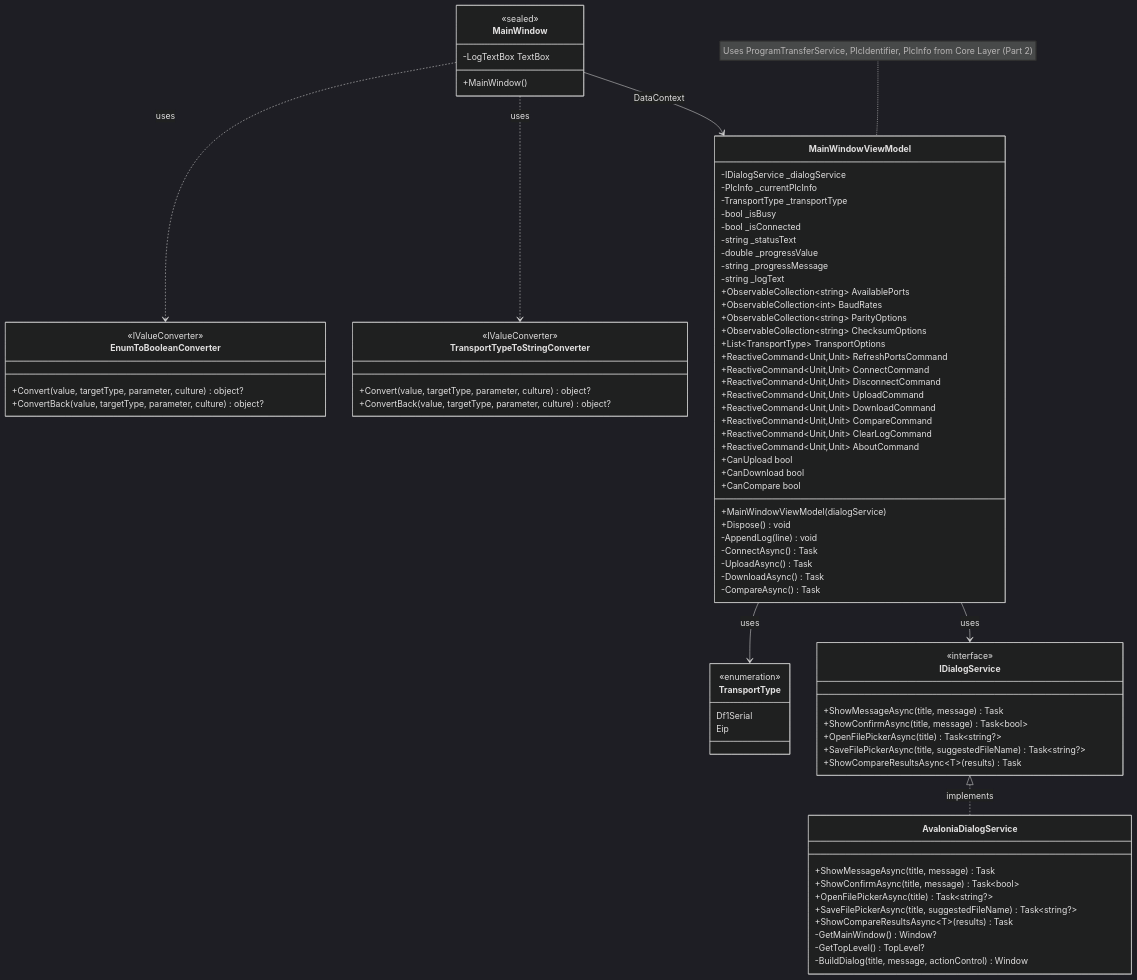
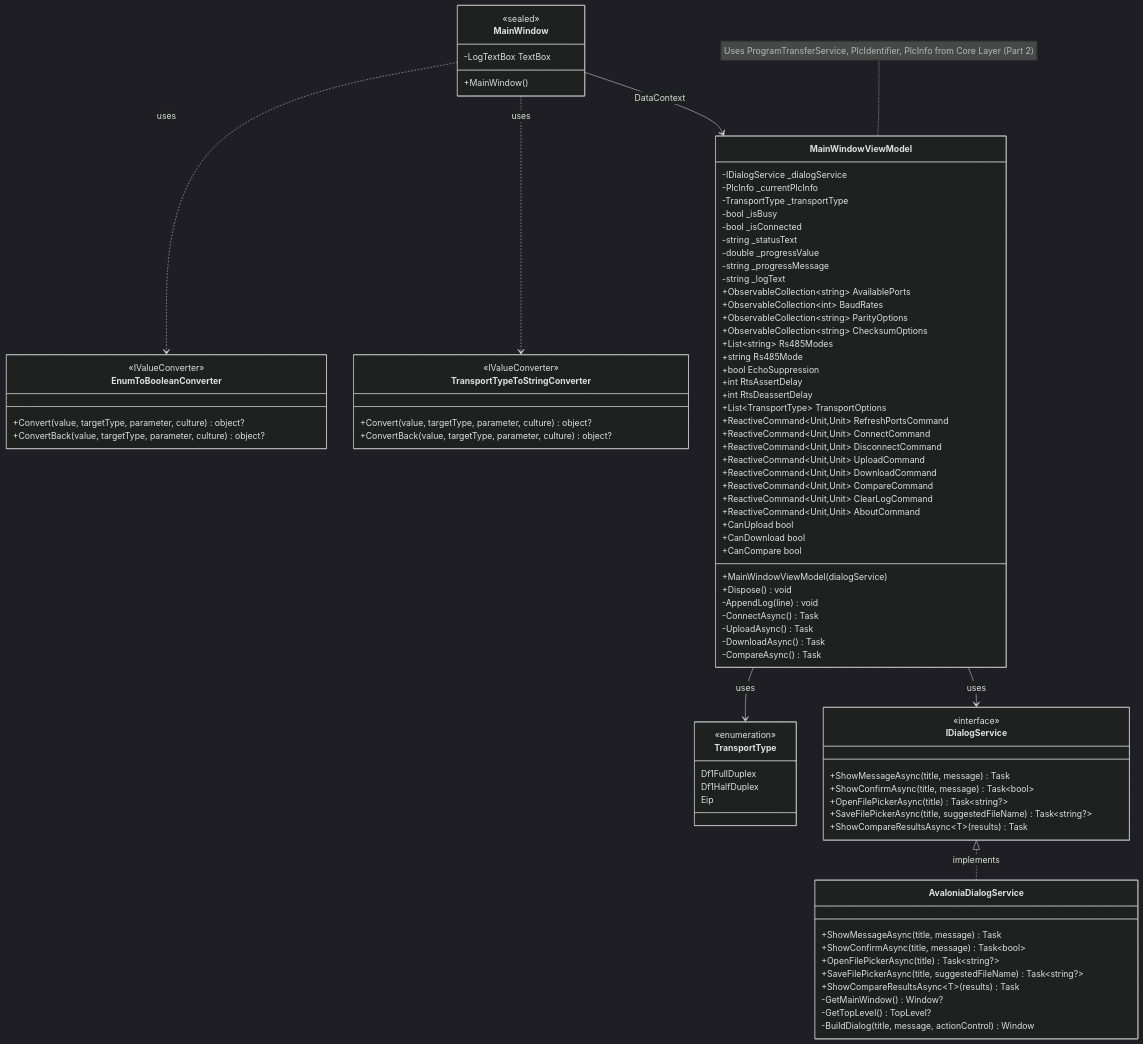
Before and after one commit to kumajaya/PCCCComm: the first of 2 diagrams in src/PCCCImageTool/README.md, drawn with Mermaid (dark theme). The commit also changed other lines of this file and 6 other files, not shown here.

First line of the commit message:
PCCCImageTool: Add DF1 half‑duplex master support

```diff
--- a/src/PCCCImageTool/README.md
+++ b/src/PCCCImageTool/README.md
@@ -152,7 +201,8 @@
 
     class TransportType {
         <<enumeration>>
-        Df1Serial
+        Df1FullDuplex
+        Df1HalfDuplex
         Eip
     }
 
@@ -204,6 +254,11 @@
         +ObservableCollection~int~ BaudRates
         +ObservableCollection~string~ ParityOptions
         +ObservableCollection~string~ ChecksumOptions
+        +List~string~ Rs485Modes
+        +string Rs485Mode
+        +bool EchoSuppression
+        +int RtsAssertDelay
+        +int RtsDeassertDelay
         +List~TransportType~ TransportOptions
         +ReactiveCommand~Unit,Unit~ RefreshPortsCommand
         +ReactiveCommand~Unit,Unit~ ConnectCommand
```
